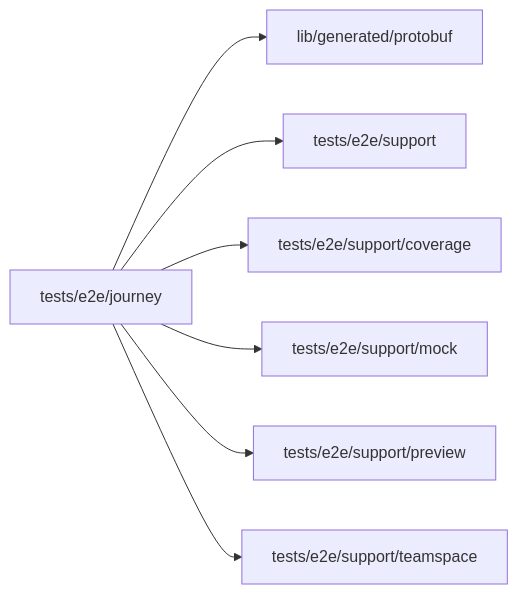
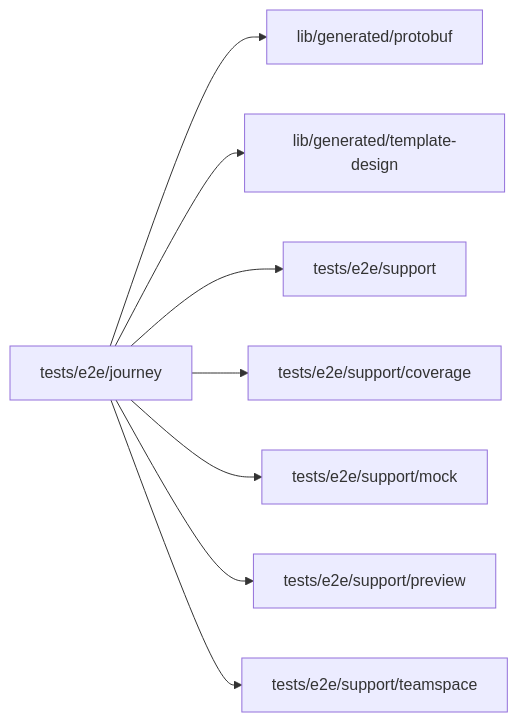
Before and after one commit to superdurable/superverse: the diagram in web/studio/tests/e2e/journey/README.md, drawn with Mermaid. The commit also changed other lines of this file and 278 other files, not shown here.

````diff
--- a/web/studio/tests/e2e/journey/README.md
+++ b/web/studio/tests/e2e/journey/README.md
@@ -10,10 +10,11 @@
 ```mermaid
 flowchart LR
   self["tests/e2e/journey"]
   self --> d0["lib/generated/protobuf"]
-  self --> d1["tests/e2e/support"]
-  self --> d2["tests/e2e/support/coverage"]
-  self --> d3["tests/e2e/support/mock"]
-  self --> d4["tests/e2e/support/preview"]
-  self --> d5["tests/e2e/support/teamspace"]
+  self --> d1["lib/generated/template-design"]
+  self --> d2["tests/e2e/support"]
+  self --> d3["tests/e2e/support/coverage"]
+  self --> d4["tests/e2e/support/mock"]
+  self --> d5["tests/e2e/support/preview"]
+  self --> d6["tests/e2e/support/teamspace"]
 ```
````
